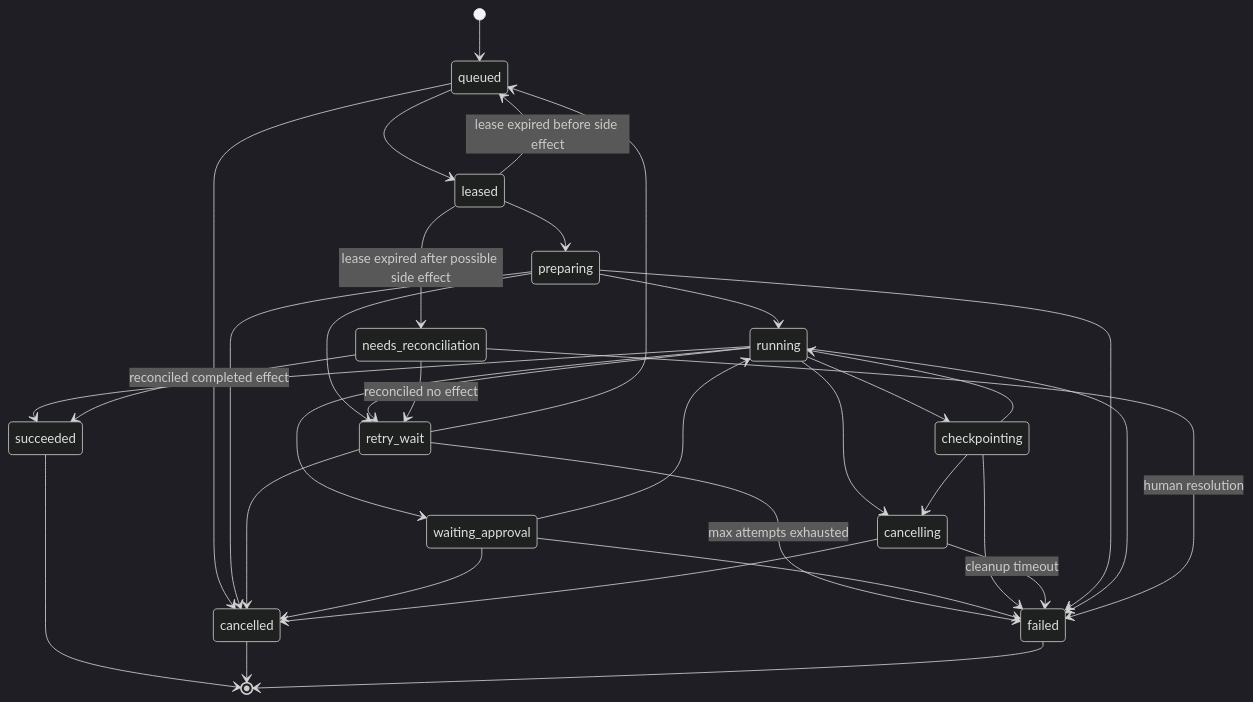
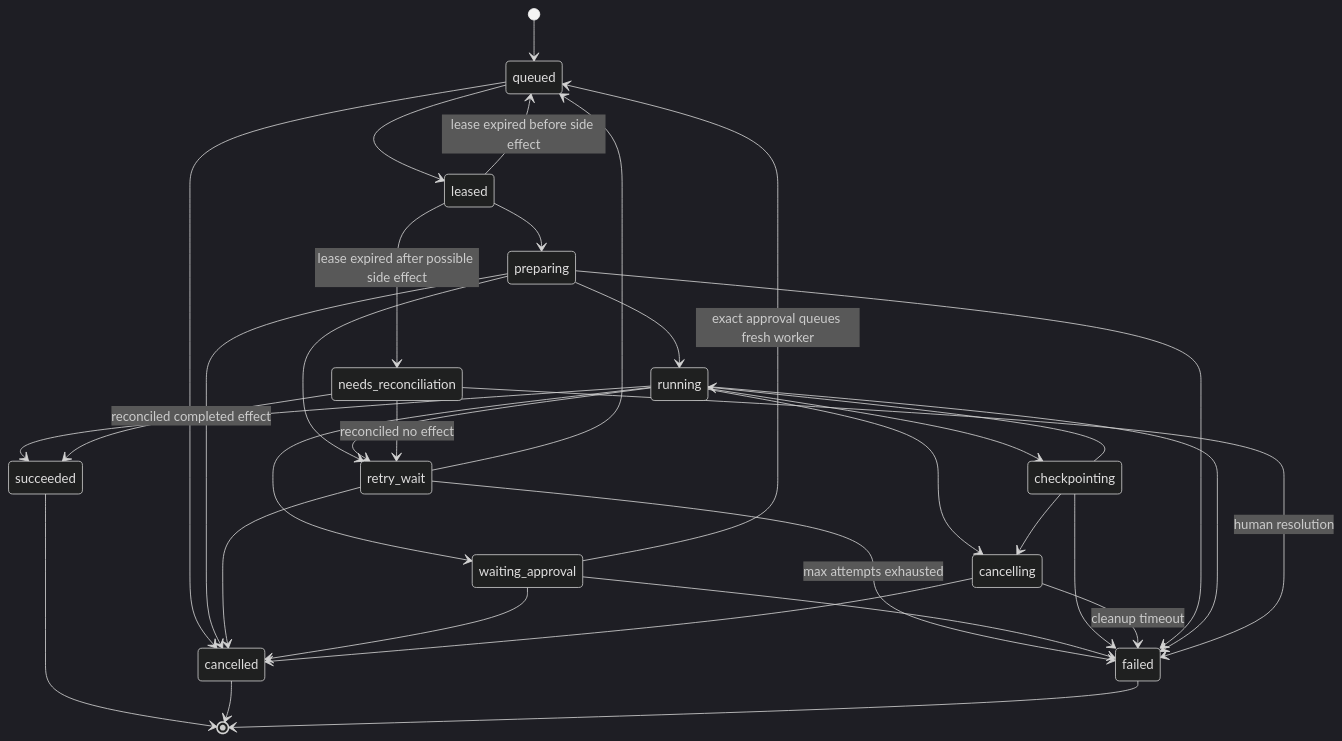
Before and after one commit to telemetryOS/tos-tag: the fifth of 5 diagrams in architecture.md, drawn with Mermaid (dark theme). The commit also changed other lines of this file and 68 other files, not shown here.

````diff
--- a/architecture.md
+++ b/architecture.md
@@ -1741,36 +1791,36 @@
 ```mermaid
 stateDiagram-v2
     [*] --> queued
     queued --> leased
     leased --> preparing
     preparing --> running
     running --> waiting_approval
-    waiting_approval --> running
+    waiting_approval --> queued: exact approval queues fresh worker
     running --> checkpointing
     checkpointing --> running
     running --> succeeded
     queued --> cancelled
     leased --> queued: lease expired before side effect
     leased --> needs_reconciliation: lease expired after possible side effect
     preparing --> cancelled
     preparing --> retry_wait
     running --> retry_wait
     retry_wait --> queued
     retry_wait --> cancelled
     retry_wait --> failed: max attempts exhausted
     waiting_approval --> cancelled
     waiting_approval --> failed
     running --> cancelling
     checkpointing --> cancelling
     checkpointing --> failed
     cancelling --> cancelled
     cancelling --> failed: cleanup timeout
     preparing --> failed
     running --> failed
     needs_reconciliation --> retry_wait: reconciled no effect
     needs_reconciliation --> succeeded: reconciled completed effect
     needs_reconciliation --> failed: human resolution
     succeeded --> [*]
     cancelled --> [*]
     failed --> [*]
 ```
````
